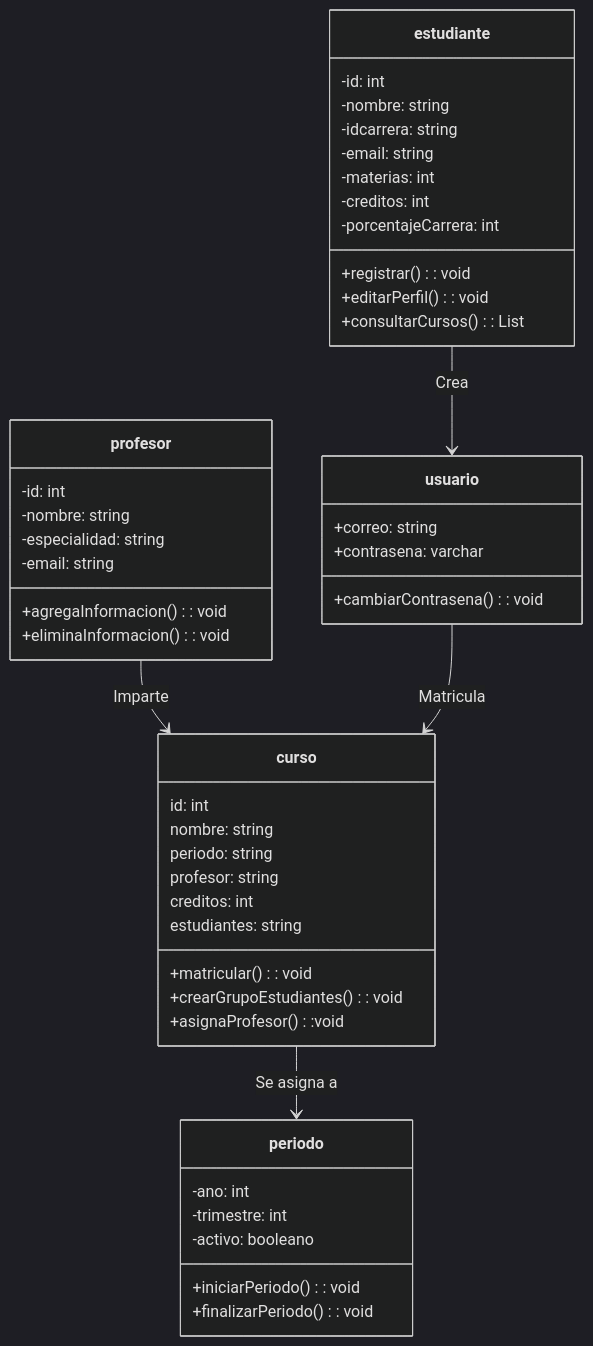
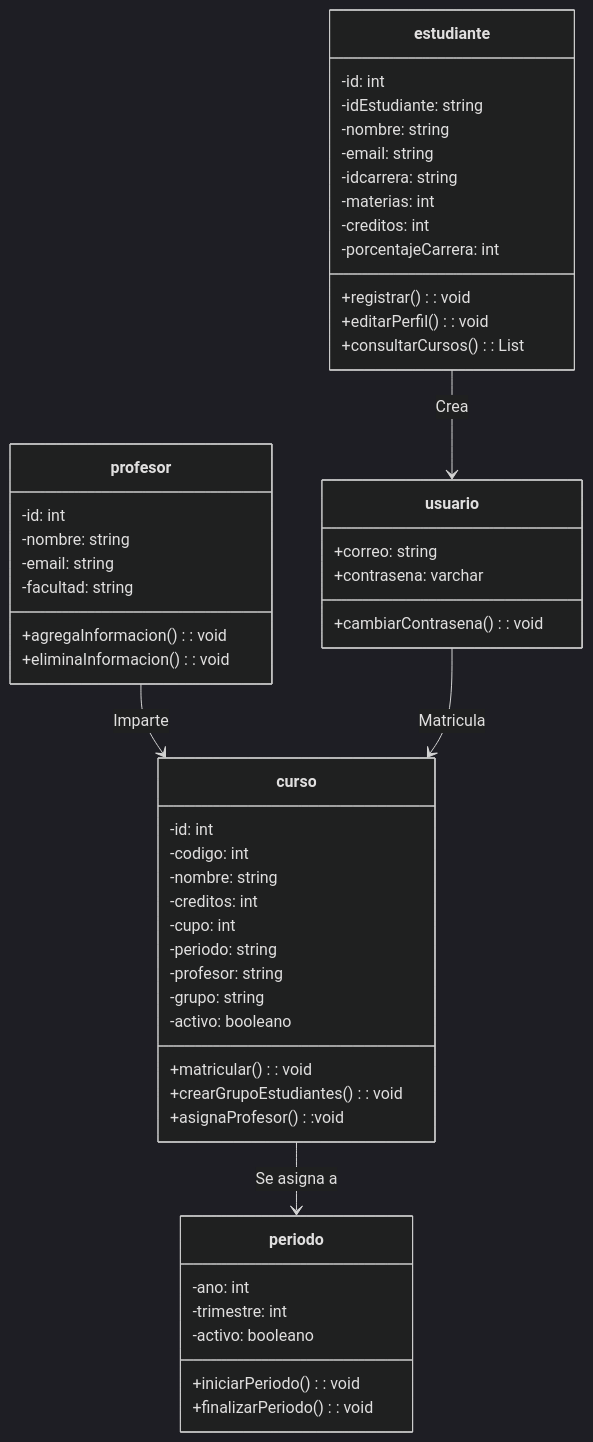
The diagram in ProyectoEntrega1/diagramaUML.mmd (Brandon-Yoel/II-51-Laboratorios), drawn with Mermaid (dark theme) before and after one commit. The commit also changed 1 other file, not shown here.

Commit message:
se corrigue el diagrama UML

```diff
--- a/ProyectoEntrega1/diagramaUML.mmd
+++ b/ProyectoEntrega1/diagramaUML.mmd
@@ -1,49 +1,53 @@
 classDiagram
     class periodo{
         -ano: int
         -trimestre: int
         -activo: booleano
         +iniciarPeriodo(): void
         +finalizarPeriodo(): void
     }
     class curso{
-        id: int 
-        nombre: string
-        periodo: string
-        profesor: string
-        creditos: int
-        estudiantes: string
+        -id: int 
+        -codigo: int
+        -nombre: string
+        -creditos: int
+        -cupo: int
+        -periodo: string
+        -profesor: string
+        -grupo: string
+        -activo: booleano
         +matricular(): void
         +crearGrupoEstudiantes(): void
         +asignaProfesor():void
     }
     class profesor{
         -id: int
         -nombre: string
-        -especialidad: string
         -email: string
+        -facultad: string
         +agregaInformacion(): void
         +eliminaInformacion(): void
     }
     class estudiante{
         -id: int
+        -idEstudiante: string
         -nombre: string
+        -email: string
         -idcarrera: string
-        -email: string
         -materias: int
         -creditos: int
         -porcentajeCarrera: int
         +registrar(): void
         +editarPerfil(): void
         +consultarCursos(): List<Curso>
     }
     class usuario{
         +correo: string
         +contrasena: varchar
         +cambiarContrasena(): void
     }
     
     curso --> periodo: Se asigna a
     profesor --> curso: Imparte 
     usuario --> curso: Matricula
     estudiante --> usuario: Crea
```
